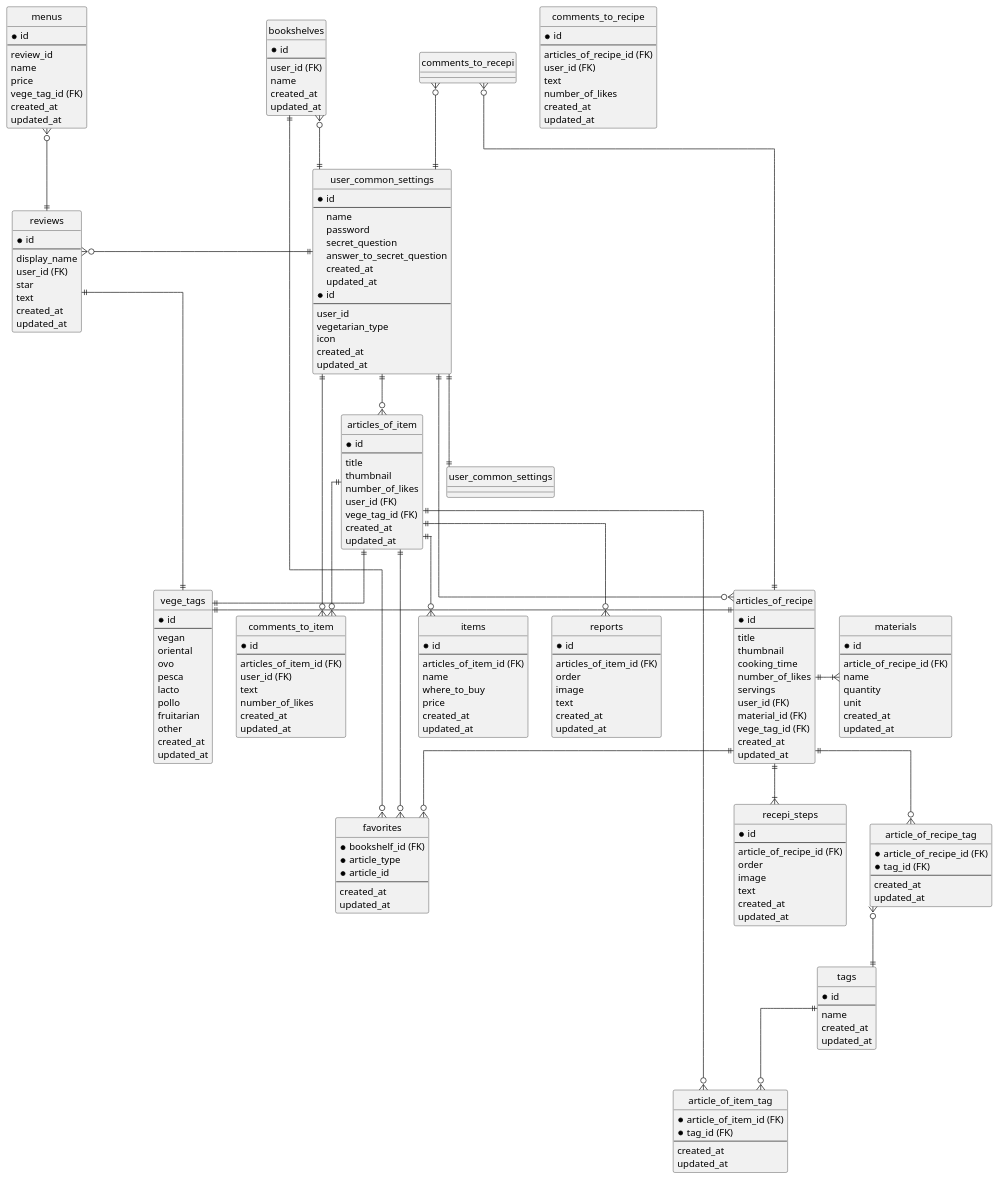
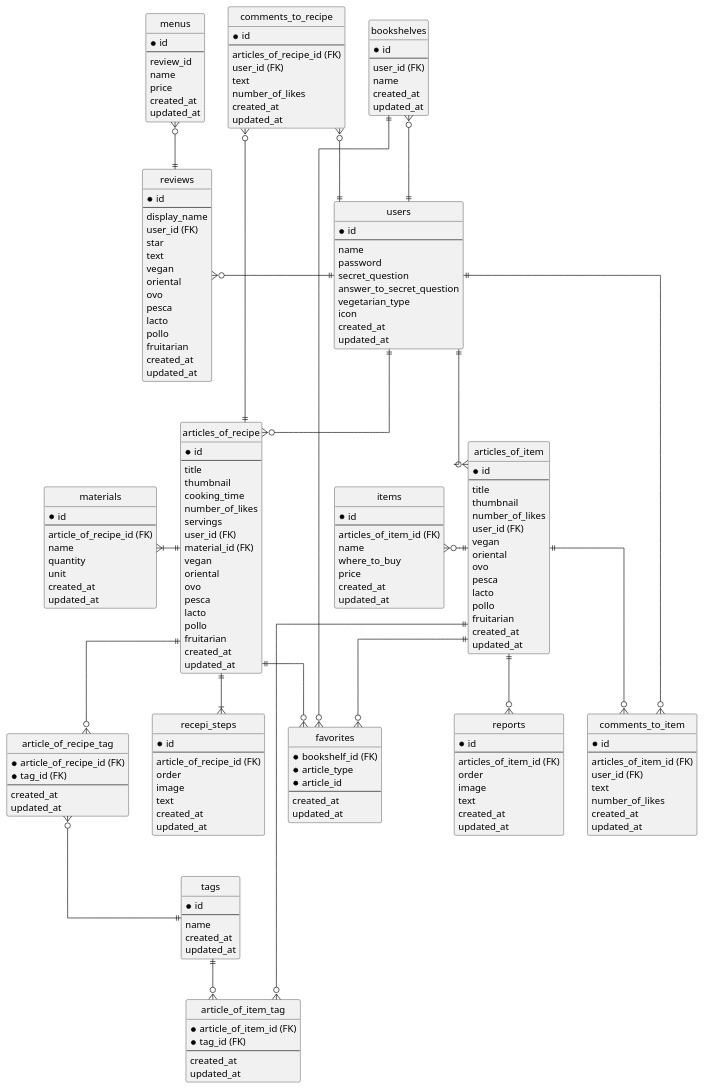
One commit to SayuriOkuyama/Original changed the diagram in documents/er.pu. Above: the diagram before and after it, drawn with PlantUML.

Commit message:
テーブル修正

```diff
--- a/documents/er.pu
+++ b/documents/er.pu
@@ -13,19 +13,21 @@
   password
   secret_question
   answer_to_secret_question
-  created_at
-  updated_at
-}
-
-entity "user_common_settings" as users {
-  *id
-  --
-  user_id
   vegetarian_type
   icon
   created_at
   updated_at
 }
+
+' entity "user_common_settings" as user_common_settings {
+'   *id
+'   --
+'   user_id
+'   vegetarian_type
+'   icon
+'   created_at
+'   updated_at
+' }
 
 entity "articles_of_recipe" as articles_of_recipe {
   *id
@@ -37,7 +39,13 @@
   servings
   user_id (FK)
   material_id (FK)
-  vege_tag_id (FK)
+  vegan
+  oriental
+  ovo
+  pesca
+  lacto
+  pollo
+  fruitarian
   created_at
   updated_at
 }
@@ -71,7 +79,13 @@
   thumbnail
   number_of_likes
   user_id (FK)
-  vege_tag_id (FK)
+  vegan
+  oriental
+  ovo
+  pesca
+  lacto
+  pollo
+  fruitarian
   created_at
   updated_at
 }
@@ -144,9 +158,13 @@
   updated_at
 }
 
-entity "vege_tags" as vege_tags {
+entity "reviews" as reviews {
   *id
   --
+  display_name
+  user_id (FK)
+  star
+  text
   vegan
   oriental
   ovo
@@ -154,18 +172,6 @@
   lacto
   pollo
   fruitarian
-  other
-  created_at
-  updated_at
-}
-
-entity "reviews" as reviews {
-  *id
-  --
-  display_name
-  user_id (FK)
-  star
-  text
   created_at
   updated_at
 }
@@ -176,7 +182,6 @@
   review_id
   name
   price
-  vege_tag_id (FK)
   created_at
   updated_at
 }
@@ -200,20 +205,17 @@
 }
 
 users ||--o{ articles_of_recipe
-users ||--|| user_common_settings
 articles_of_recipe ||--|{ recepi_steps
-articles_of_recipe ||-r-|{ materials
+articles_of_recipe ||-l-|{ materials
 articles_of_recipe ||-d-o{ article_of_recipe_tag
 tags ||-u-o{ article_of_recipe_tag
-articles_of_recipe ||-l-|| vege_tags
-articles_of_recipe ||-u-o{ comments_to_recepi
-users ||-u-o{ comments_to_recepi
+articles_of_recipe ||-u-o{ comments_to_recipe
+users ||-u-o{ comments_to_recipe
 users ||-d-o{articles_of_item
 articles_of_item ||--o{ article_of_item_tag
 tags ||--o{ article_of_item_tag
-articles_of_item ||--|| vege_tags
 articles_of_item ||--o{ comments_to_item
-articles_of_item ||-d-o{ items
+articles_of_item ||-l-o{ items
 articles_of_item ||-d-o{ reports
 users ||-r-o{ comments_to_item
 users ||-u-o{bookshelves
@@ -221,6 +223,5 @@
 articles_of_recipe ||--o{favorites
 articles_of_item ||--o{favorites
 users ||-l-o{reviews
-vege_tags ||--|| reviews
 menus }o--|| reviews
 @enduml
```
